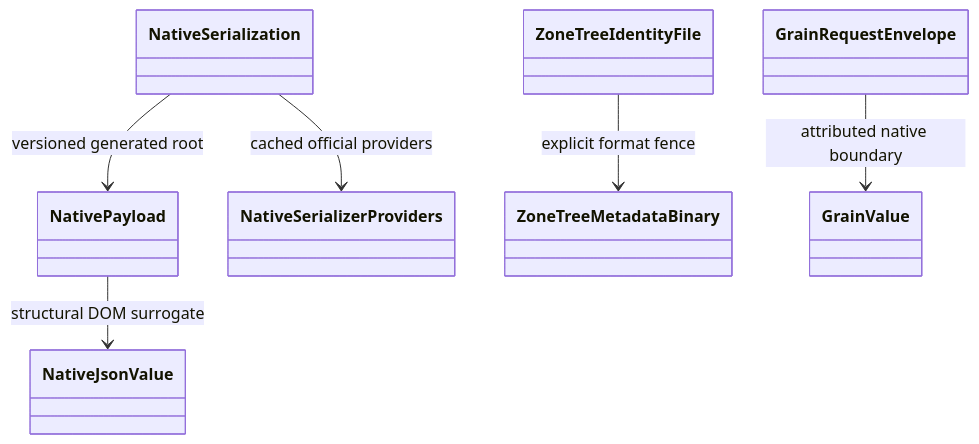
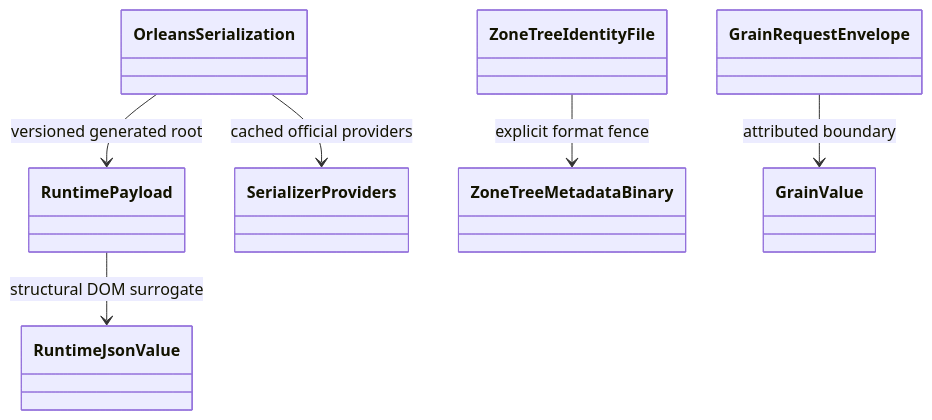
Diagram 14 of 30 in docs/Architecture.md (managedcode/KeyLoad), drawn with Mermaid before and after one commit. The commit also changed other lines of this file and 9016 other files, not shown here.

````diff
--- a/docs/Architecture.md
+++ b/docs/Architecture.md
@@ -461,8 +470,8 @@
 ```mermaid
 classDiagram
-    NativeSerialization --> NativePayload : versioned generated root
-    NativeSerialization --> NativeSerializerProviders : cached official providers
-    NativePayload --> NativeJsonValue : structural DOM surrogate
+    OrleansSerialization --> RuntimePayload : versioned generated root
+    OrleansSerialization --> SerializerProviders : cached official providers
+    RuntimePayload --> RuntimeJsonValue : structural DOM surrogate
     ZoneTreeIdentityFile --> ZoneTreeMetadataBinary : explicit format fence
-    GrainRequestEnvelope --> GrainValue : attributed native boundary
+    GrainRequestEnvelope --> GrainValue : attributed boundary
 ```
````
